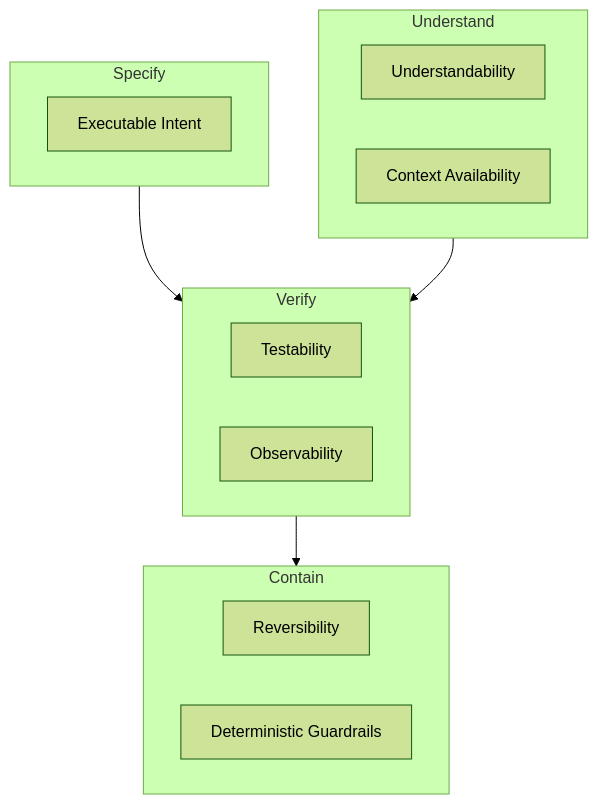
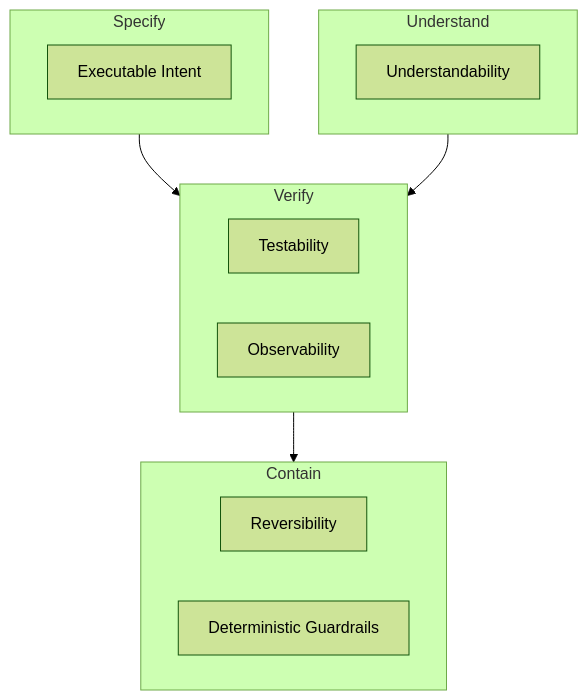
One commit to ttoss/ttoss changed the diagram in docs/website/docs/ai/agentic-engineering-foundations/index.md. Above: the diagram before and after it, drawn with Mermaid (forest theme). The commit also changed other lines of this file and 6 other files, not shown here.

First line of the commit message:
docs(ai): merge context availability into understandability, rescope guardrails

````diff
--- a/docs/website/docs/ai/agentic-engineering-foundations/index.md
+++ b/docs/website/docs/ai/agentic-engineering-foundations/index.md
@@ -23,20 +23,19 @@
 ```mermaid
 flowchart TB
     subgraph Specify
         EI["Executable Intent"]
     end
     subgraph Verify
         T["Testability"]
         O["Observability"]
     end
     subgraph Understand
         U["Understandability"]
-        CA["Context Availability"]
     end
     subgraph Contain
         R["Reversibility"]
         DG["Deterministic Guardrails"]
     end
     Specify --> Verify --> Contain
     Understand --> Verify
 ```
````
